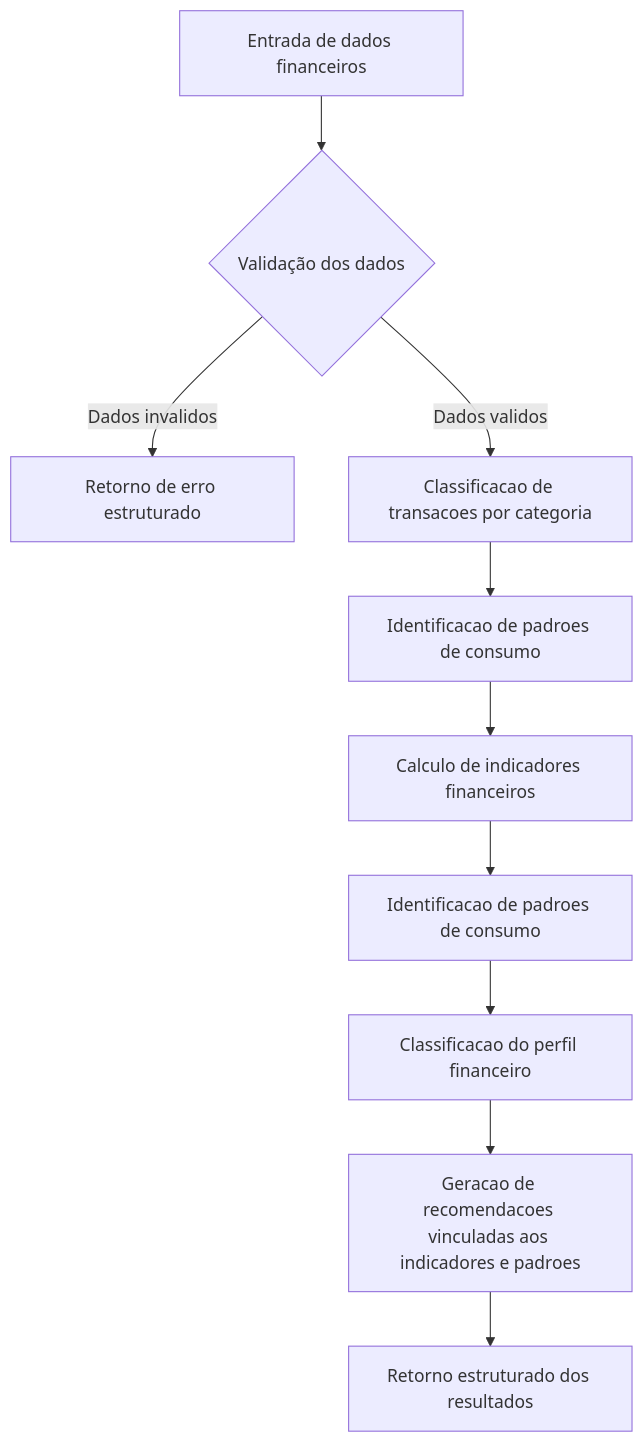
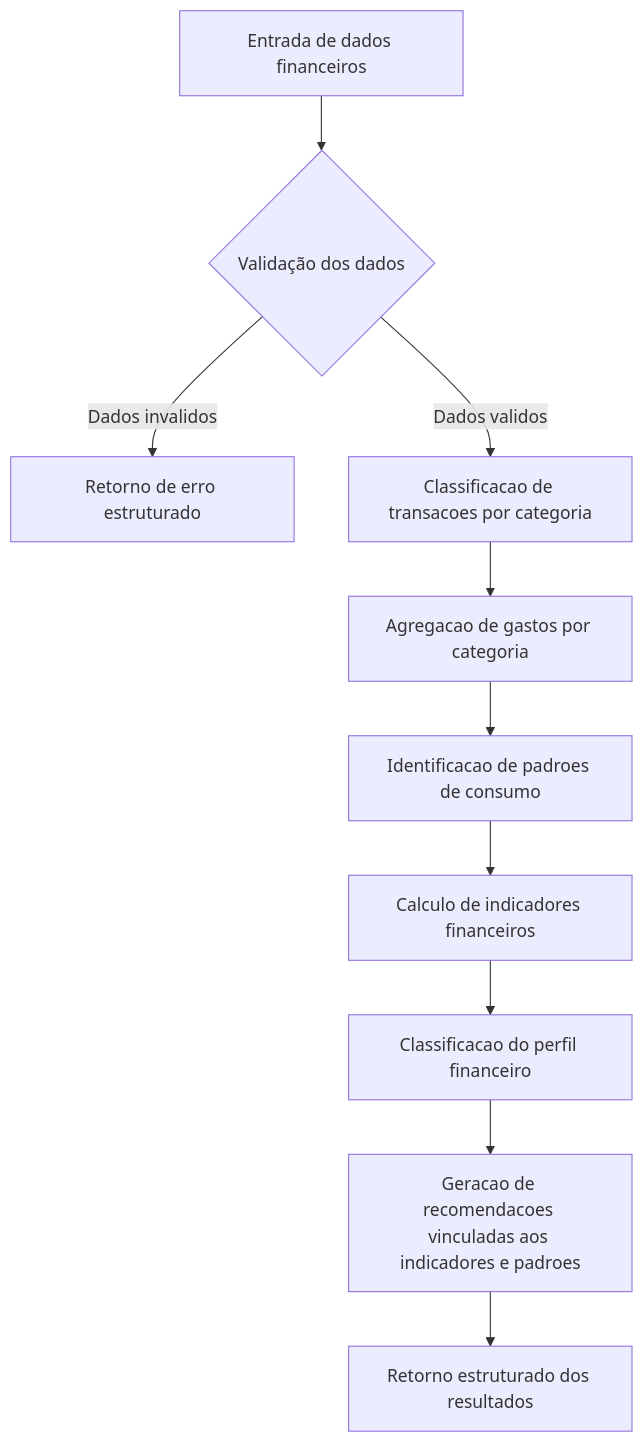
One commit to No-Country-simulation/G9-BR-Team-17-financial-health changed the first of 2 diagrams in docs/REQUISITOS.md. Above: the diagram before and after it, drawn with Mermaid. The commit also changed other lines of this file and 5 other files, not shown here.

````diff
--- a/docs/REQUISITOS.md
+++ b/docs/REQUISITOS.md
@@ -48,12 +48,12 @@
 ```mermaid
 flowchart TD
     A[Entrada de dados financeiros] --> B{Validação dos dados}
     B -- Dados invalidos --> C[Retorno de erro estruturado]
     B -- Dados validos --> D[Classificacao de transacoes por categoria]
-    D --> E[Identificacao de padroes de consumo]
-    E --> F[Calculo de indicadores financeiros]
-    F --> G[Identificacao de padroes de consumo]
+    D --> E[Agregacao de gastos por categoria]
+    E --> F[Identificacao de padroes de consumo]
+    F --> G[Calculo de indicadores financeiros]
     G --> H[Classificacao do perfil financeiro]
     H --> I[Geracao de recomendacoes vinculadas aos indicadores e padroes]
     I --> J[Retorno estruturado dos resultados]
 ```
````
